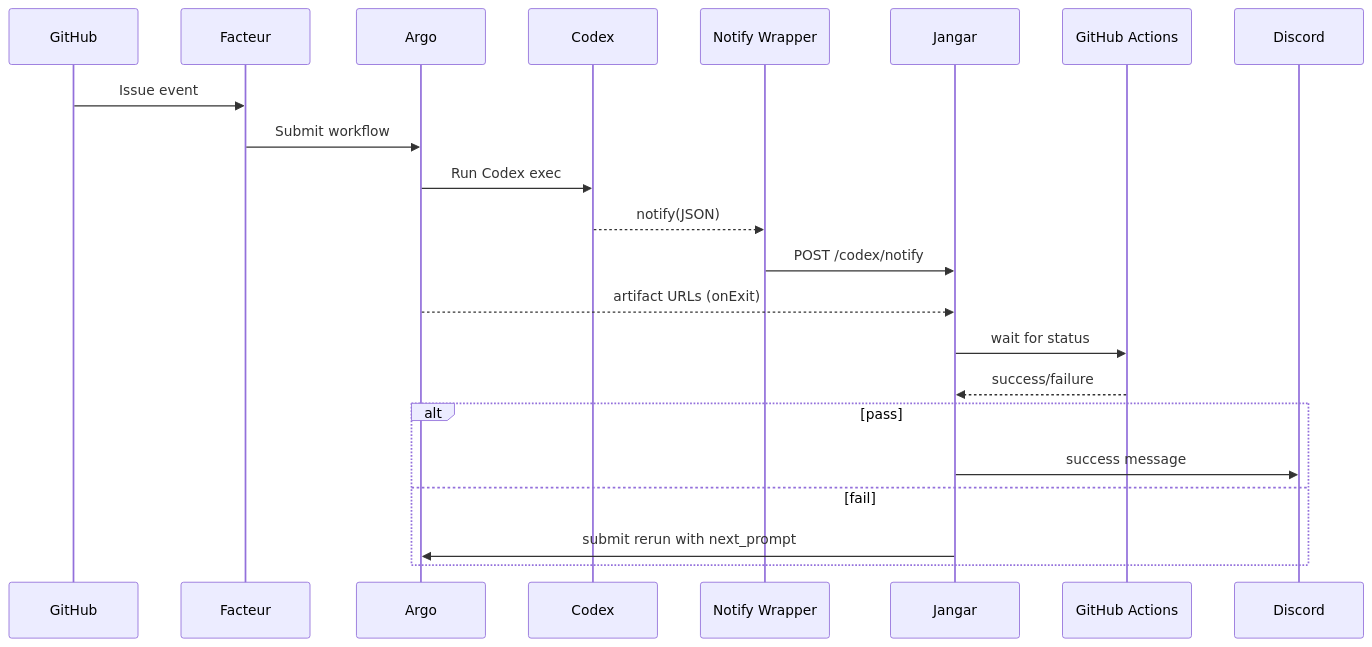
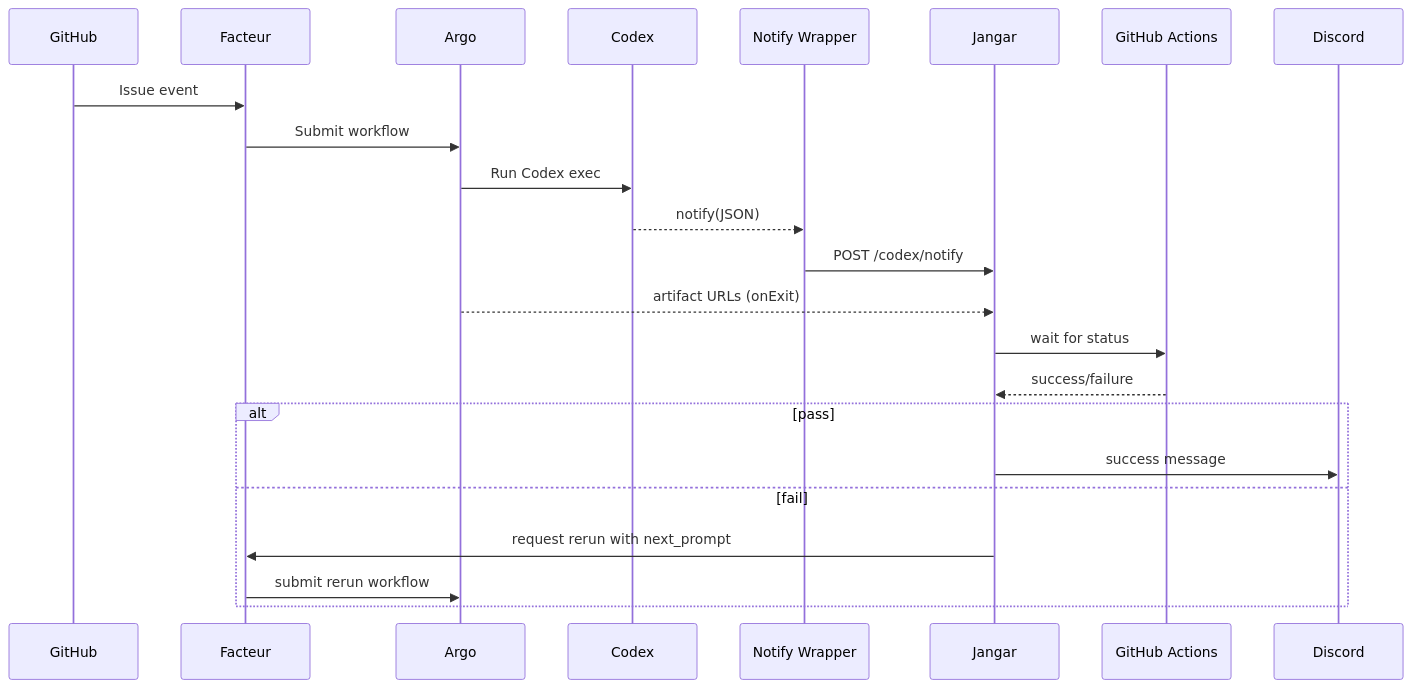
One commit to proompteng/lab changed the second of 3 diagrams in docs/jangar/codex-judge-argo-design.md. Above: the diagram before and after it, drawn with Mermaid. The commit also changed other lines of this file, not shown here.

Commit message:
docs(jangar): update rerun flow diagrams

````diff
--- a/docs/jangar/codex-judge-argo-design.md
+++ b/docs/jangar/codex-judge-argo-design.md
@@ -68,25 +68,26 @@
 ```mermaid
 sequenceDiagram
   participant GH as GitHub
   participant F as Facteur
   participant A as Argo
   participant C as Codex
   participant W as Notify Wrapper
   participant J as Jangar
   participant CI as GitHub Actions
   participant D as Discord
 
   GH->>F: Issue event
   F->>A: Submit workflow
   A->>C: Run Codex exec
   C-->>W: notify(JSON)
   W->>J: POST /codex/notify
   A-->>J: artifact URLs (onExit)
   J->>CI: wait for status
   CI-->>J: success/failure
   alt pass
     J->>D: success message
   else fail
-    J->>A: submit rerun with next_prompt
+    J->>F: request rerun with next_prompt
+    F->>A: submit rerun workflow
   end
 ```
````
